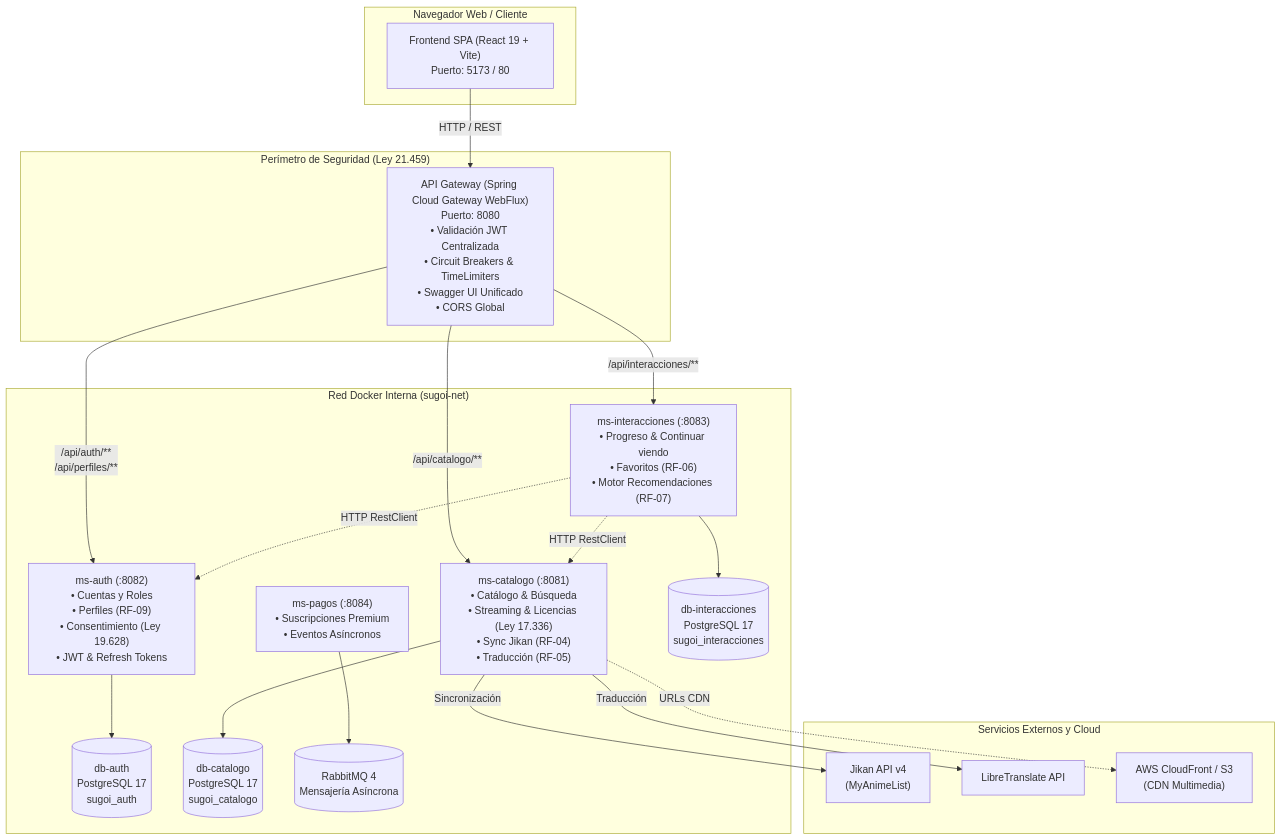
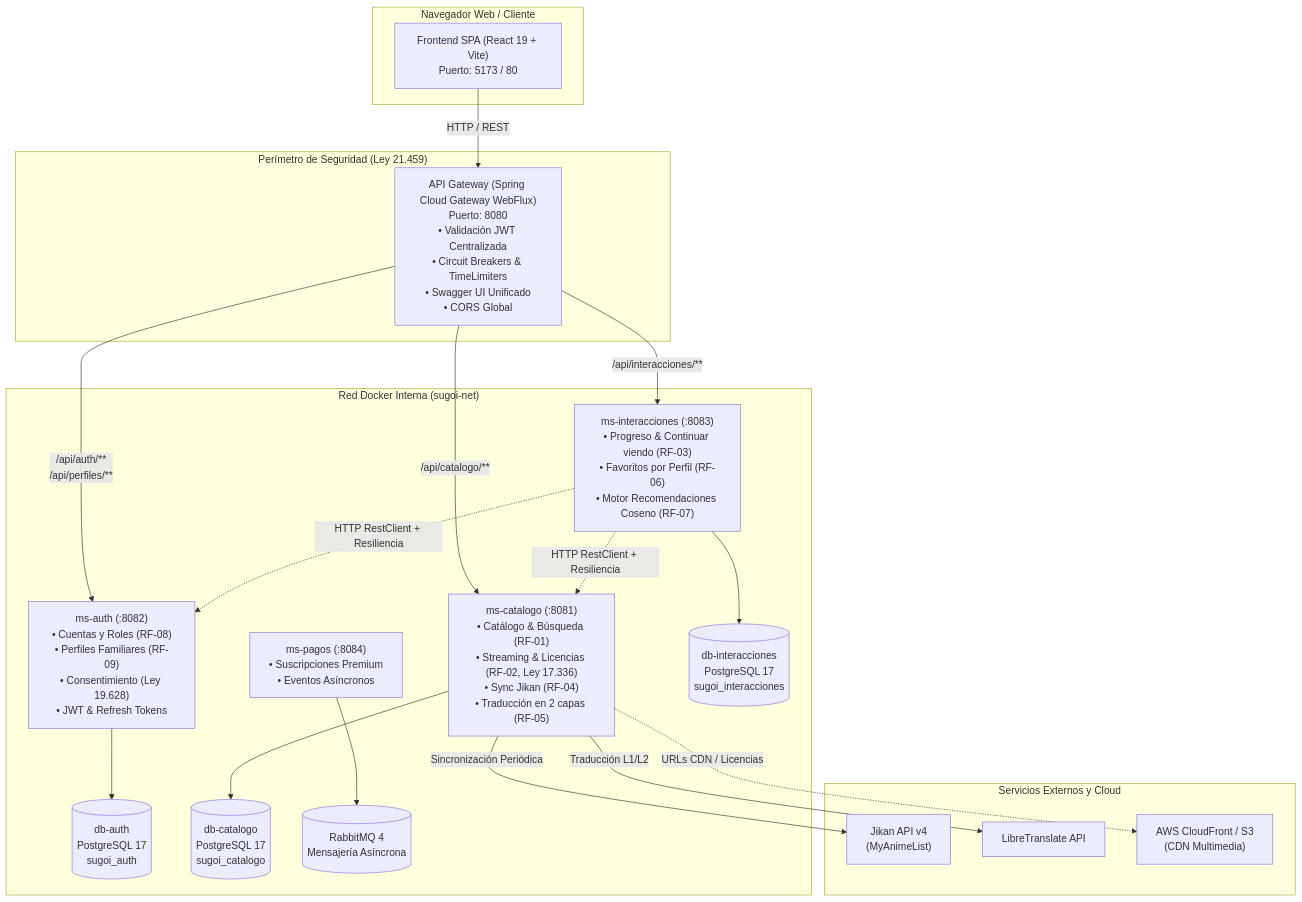
Before and after one commit to Marcoherna/Capstone: the diagram in Fase 2/Evidencias Proyecto/Evidencias de sistema/sugoi-anime/README.md, drawn with Mermaid. The commit also changed other lines of this file, not shown here.

````diff
--- a/Fase 2/Evidencias Proyecto/Evidencias de sistema/sugoi-anime/README.md
+++ b/Fase 2/Evidencias Proyecto/Evidencias de sistema/sugoi-anime/README.md
@@ -23,45 +45,45 @@
 ```mermaid
 flowchart TB
     subgraph Cliente["Navegador Web / Cliente"]
         UI["Frontend SPA (React 19 + Vite)<br>Puerto: 5173 / 80"]
     end
 
     subgraph Perimetro["Perímetro de Seguridad (Ley 21.459)"]
         GW["API Gateway (Spring Cloud Gateway WebFlux)<br>Puerto: 8080<br>• Validación JWT Centralizada<br>• Circuit Breakers & TimeLimiters<br>• Swagger UI Unificado<br>• CORS Global"]
     end
 
     subgraph RedInterna["Red Docker Interna (sugoi-net)"]
-        MS_AUTH["ms-auth (:8082)<br>• Cuentas y Roles<br>• Perfiles (RF-09)<br>• Consentimiento (Ley 19.628)<br>• JWT & Refresh Tokens"]
-        MS_CAT["ms-catalogo (:8081)<br>• Catálogo & Búsqueda<br>• Streaming & Licencias (Ley 17.336)<br>• Sync Jikan (RF-04)<br>• Traducción (RF-05)"]
-        MS_INT["ms-interacciones (:8083)<br>• Progreso & Continuar viendo<br>• Favoritos (RF-06)<br>• Motor Recomendaciones (RF-07)"]
+        MS_AUTH["ms-auth (:8082)<br>• Cuentas y Roles (RF-08)<br>• Perfiles Familiares (RF-09)<br>• Consentimiento (Ley 19.628)<br>• JWT & Refresh Tokens"]
+        MS_CAT["ms-catalogo (:8081)<br>• Catálogo & Búsqueda (RF-01)<br>• Streaming & Licencias (RF-02, Ley 17.336)<br>• Sync Jikan (RF-04)<br>• Traducción en 2 capas (RF-05)"]
+        MS_INT["ms-interacciones (:8083)<br>• Progreso & Continuar viendo (RF-03)<br>• Favoritos por Perfil (RF-06)<br>• Motor Recomendaciones Coseno (RF-07)"]
         MS_PAG["ms-pagos (:8084)<br>• Suscripciones Premium<br>• Eventos Asíncronos"]
 
         DB_AUTH[("db-auth<br>PostgreSQL 17<br>sugoi_auth")]
         DB_CAT[("db-catalogo<br>PostgreSQL 17<br>sugoi_catalogo")]
         DB_INT[("db-interacciones<br>PostgreSQL 17<br>sugoi_interacciones")]
         RABBIT[("RabbitMQ 4<br>Mensajería Asíncrona")]
     end
 
     subgraph Externos["Servicios Externos y Cloud"]
         JIKAN["Jikan API v4<br>(MyAnimeList)"]
         TRANS["LibreTranslate API"]
         CLOUDFRONT["AWS CloudFront / S3<br>(CDN Multimedia)"]
     end
 
     UI -->|HTTP / REST| GW
     GW -->|/api/auth/**<br>/api/perfiles/**| MS_AUTH
     GW -->|/api/catalogo/**| MS_CAT
     GW -->|/api/interacciones/**| MS_INT
 
     MS_AUTH --> DB_AUTH
     MS_CAT --> DB_CAT
     MS_INT --> DB_INT
     MS_PAG --> RABBIT
 
-    MS_INT -.->|HTTP RestClient| MS_CAT
-    MS_INT -.->|HTTP RestClient| MS_AUTH
+    MS_INT -.->|HTTP RestClient + Resiliencia| MS_CAT
+    MS_INT -.->|HTTP RestClient + Resiliencia| MS_AUTH
 
-    MS_CAT -->|Sincronización| JIKAN
-    MS_CAT -->|Traducción| TRANS
-    MS_CAT -.->|URLs CDN| CLOUDFRONT
+    MS_CAT -->|Sincronización Periódica| JIKAN
+    MS_CAT -->|Traducción L1/L2| TRANS
+    MS_CAT -.->|URLs CDN / Licencias| CLOUDFRONT
 ```
````
